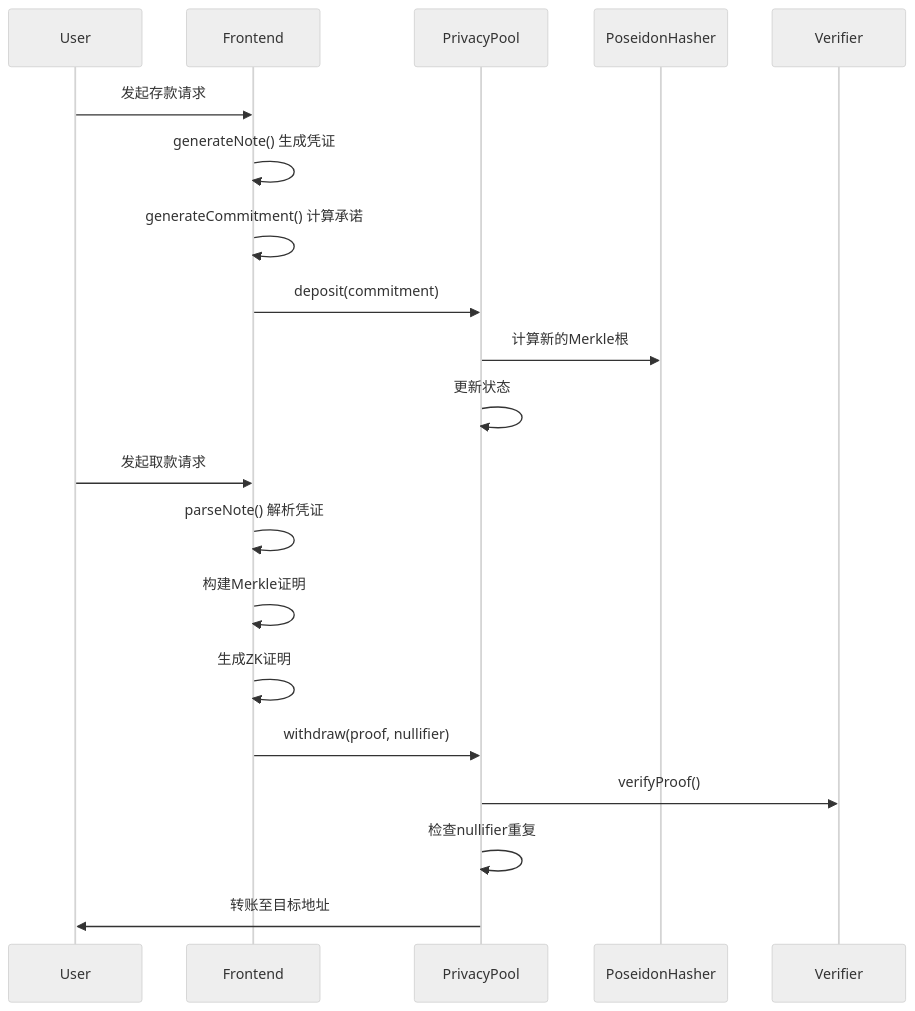
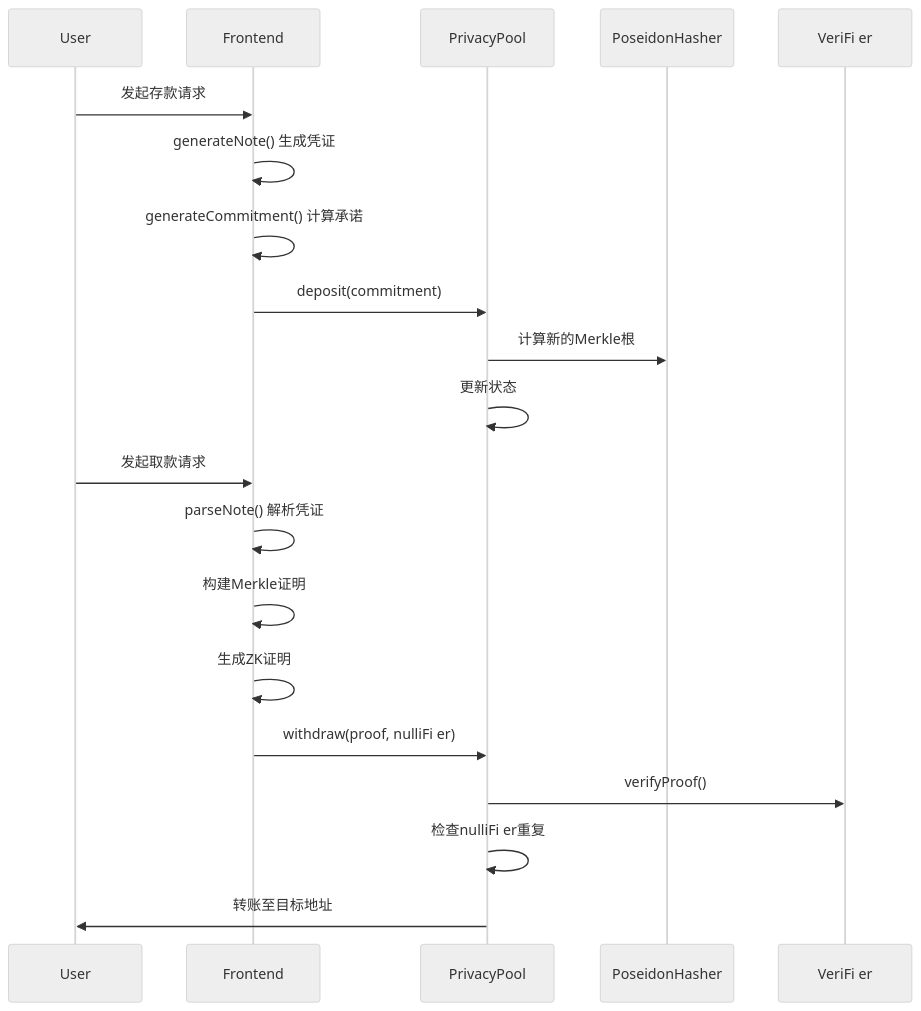
Before and after one commit to Wenbobobo/WhisperFi: the second of 4 diagrams in README.md, drawn with Mermaid (neutral theme). The commit also changed other lines of this file, not shown here.

````diff
--- a/README.md
+++ b/README.md
@@ -61,24 +63,24 @@
 ```mermaid
 sequenceDiagram
     participant User
     participant Frontend
     participant PrivacyPool
     participant PoseidonHasher
-    participant Verifier
-    
+    participant VeriFi er
+  
     User->>Frontend: 发起存款请求
     Frontend->>Frontend: generateNote() 生成凭证
     Frontend->>Frontend: generateCommitment() 计算承诺
     Frontend->>PrivacyPool: deposit(commitment)
     PrivacyPool->>PoseidonHasher: 计算新的Merkle根
     PrivacyPool->>PrivacyPool: 更新状态
-    
+  
     User->>Frontend: 发起取款请求
     Frontend->>Frontend: parseNote() 解析凭证
     Frontend->>Frontend: 构建Merkle证明
     Frontend->>Frontend: 生成ZK证明
-    Frontend->>PrivacyPool: withdraw(proof, nullifier)
-    PrivacyPool->>Verifier: verifyProof()
-    PrivacyPool->>PrivacyPool: 检查nullifier重复
+    Frontend->>PrivacyPool: withdraw(proof, nulliFi er)
+    PrivacyPool->>VeriFi er: verifyProof()
+    PrivacyPool->>PrivacyPool: 检查nulliFi er重复
     PrivacyPool->>User: 转账至目标地址
 ```
````
